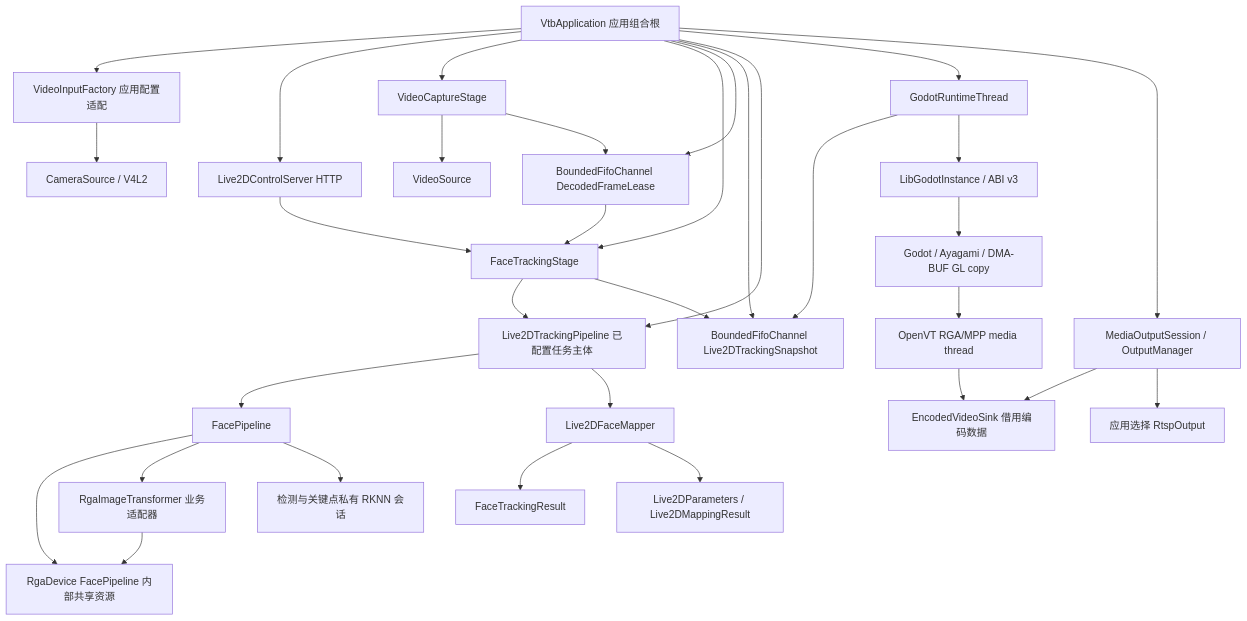
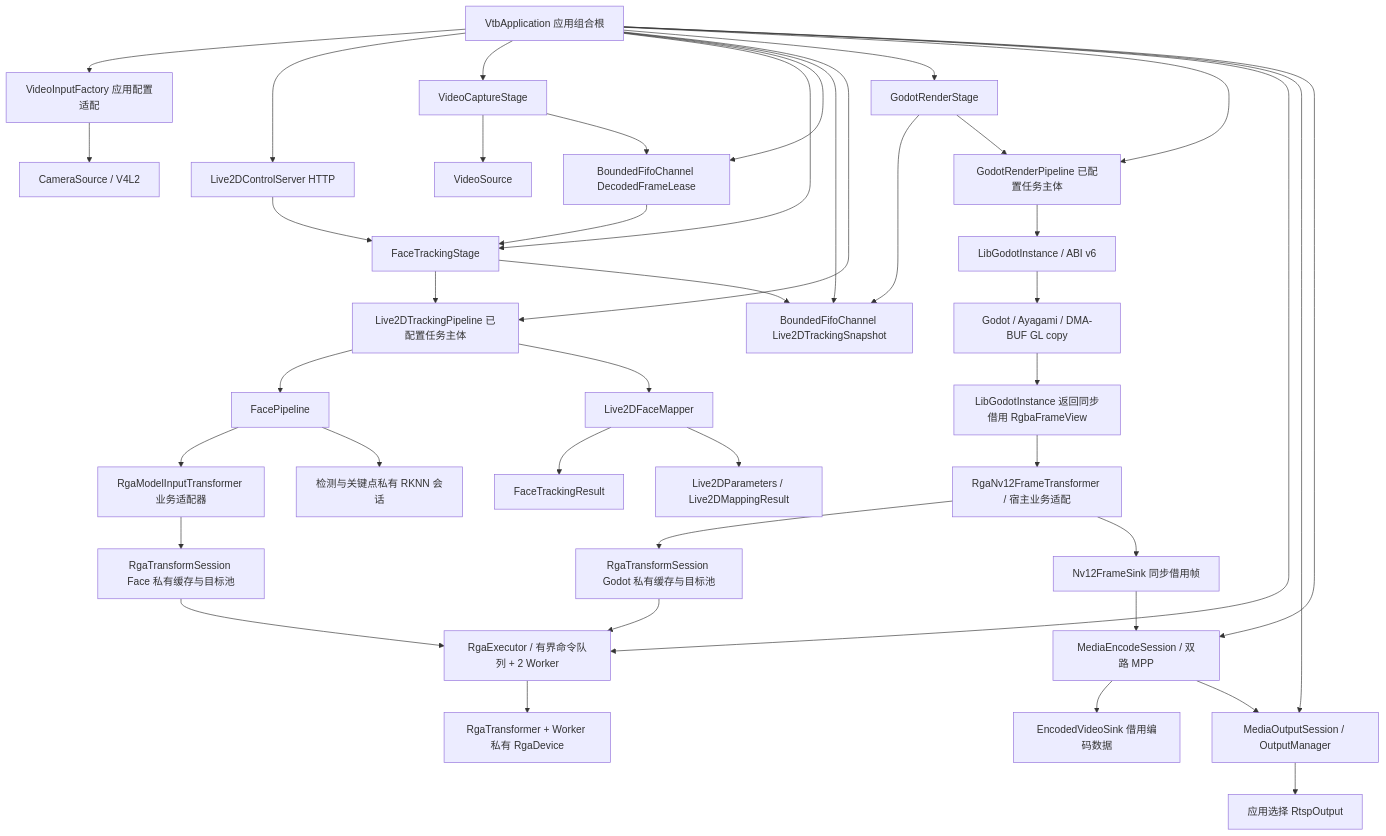
One commit to ytnxneydhsx/VTB changed the diagram in docs/module-boundaries.md. Above: the diagram before and after it, drawn with Mermaid. The commit also changed other lines of this file and 15 other files, not shown here.

Commit message:
docs(architecture): describe host media pipeline boundaries

````diff
--- a/docs/module-boundaries.md
+++ b/docs/module-boundaries.md
@@ -17,34 +22,44 @@
 ```mermaid
 flowchart TB
     App[VtbApplication 应用组合根] --> Factory[VideoInputFactory 应用配置适配]
     Factory --> Capture[CameraSource / V4L2]
     App --> Control[Live2DControlServer HTTP]
     App --> CaptureStage[VideoCaptureStage]
     App --> FaceStage[FaceTrackingStage]
     App --> FrameChannel[BoundedFifoChannel DecodedFrameLease]
     App --> TrackingChannel[BoundedFifoChannel Live2DTrackingSnapshot]
     Control --> FaceStage
     CaptureStage --> Video[VideoSource]
     CaptureStage --> FrameChannel
     FrameChannel --> FaceStage
     App --> TrackingPipeline[Live2DTrackingPipeline 已配置任务主体]
     FaceStage --> TrackingPipeline
     TrackingPipeline --> Face[FacePipeline]
-    Face --> RgaDevice[RgaDevice FacePipeline 内部共享资源]
-    Face --> RgaAdapter[RgaImageTransformer 业务适配器]
-    RgaAdapter --> RgaDevice
+    Face --> RgaAdapter[RgaModelInputTransformer 业务适配器]
+    RgaAdapter --> FaceSession[RgaTransformSession Face 私有缓存与目标池]
     Face --> RknnSessions[检测与关键点私有 RKNN 会话]
     TrackingPipeline --> Mapper[Live2DFaceMapper]
     FaceStage --> TrackingChannel
     Mapper --> FaceData[FaceTrackingResult]
     Mapper --> Values[Live2DParameters / Live2DMappingResult]
-    App --> GodotThread[GodotRuntimeThread]
-    GodotThread --> TrackingChannel
-    GodotThread --> Godot[LibGodotInstance / ABI v3]
+    App --> GodotStage[GodotRenderStage]
+    App --> GodotPipeline[GodotRenderPipeline 已配置任务主体]
+    GodotStage --> TrackingChannel
+    GodotStage --> GodotPipeline
+    GodotPipeline --> Godot[LibGodotInstance / ABI v6]
     Godot --> Render[Godot / Ayagami / DMA-BUF GL copy]
-    Render --> Media[OpenVT RGA/MPP media thread]
-    Media --> Sink[EncodedVideoSink 借用编码数据]
+    Render --> RgbaView[LibGodotInstance 返回同步借用 RgbaFrameView]
+    RgbaView --> Rga[RgaNv12FrameTransformer / 宿主业务适配]
+    Rga --> GodotSession[RgaTransformSession Godot 私有缓存与目标池]
+    App --> Executor[RgaExecutor / 有界命令队列 + 2 Worker]
+    FaceSession --> Executor
+    GodotSession --> Executor
+    Executor --> Workers[RgaTransformer + Worker 私有 RgaDevice]
+    Rga --> Nv12Sink[Nv12FrameSink 同步借用帧]
+    Nv12Sink --> Encode[MediaEncodeSession / 双路 MPP]
+    Encode --> EncodedSink[EncodedVideoSink 借用编码数据]
     App --> Output[MediaOutputSession / OutputManager]
-    Output --> Sink
+    App --> Encode
+    Encode --> Output
     Output --> Protocol[应用选择 RtspOutput]
 ```
````
